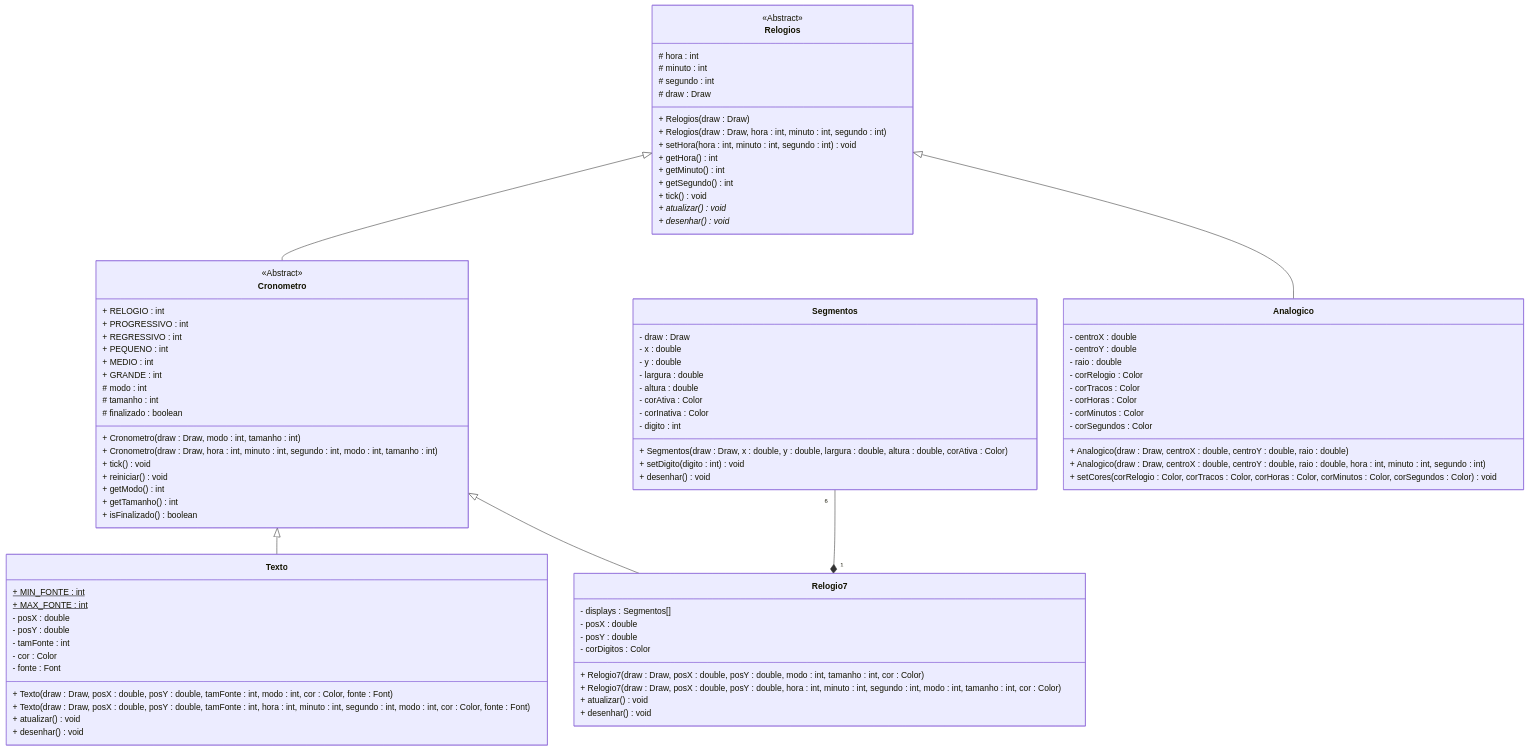
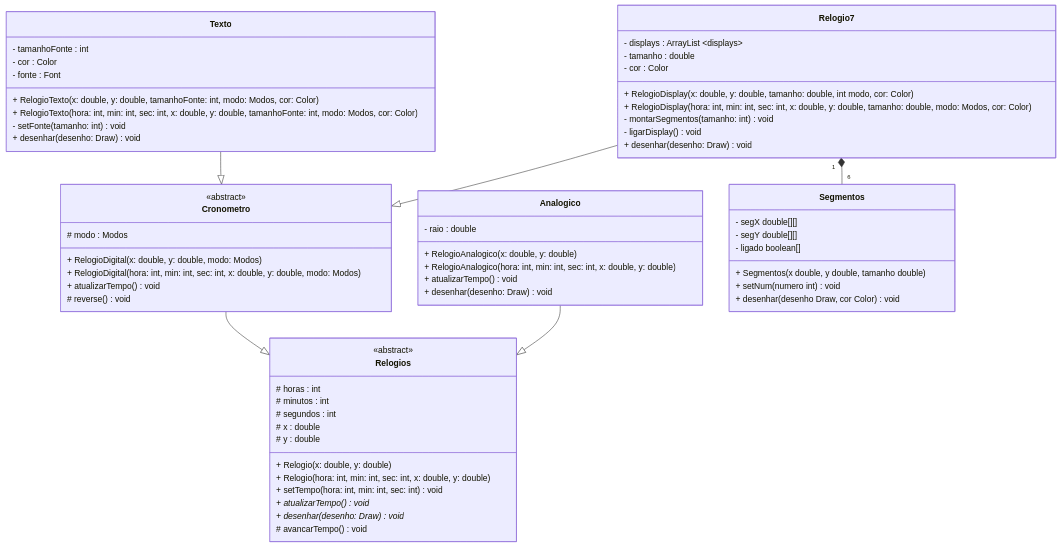
One commit to Mi-Claudino/POO2026 changed the diagram in lab6/Readme.md. Above: the diagram before and after it, drawn with Mermaid. The commit also changed 8 other files, not shown here.

````diff
--- a/lab6/Readme.md
+++ b/lab6/Readme.md
@@ -1,98 +1,67 @@
 ```mermaid
 classDiagram
-    direction BT
 
     class Relogios {
-        <<Abstract>>
-        # hora : int
-        # minuto : int
-        # segundo : int
-        # draw : Draw
-        + Relogios(draw : Draw)
-        + Relogios(draw : Draw, hora : int, minuto : int, segundo : int)
-        + setHora(hora : int, minuto : int, segundo : int) void
-        + getHora() int
-        + getMinuto() int
-        + getSegundo() int
-        + tick() void
-        + atualizar()* void
-        + desenhar()* void
+        <<abstract>>
+        # horas : int
+        # minutos : int
+        # segundos : int
+        # x : double
+        # y : double
+        + Relogio(x: double, y: double)
+        + Relogio(hora: int, min: int, sec: int, x: double, y: double)
+        + setTempo(hora: int, min: int, sec: int) void
+        + atualizarTempo() void*
+        + desenhar(desenho: Draw) void*
+        # avancarTempo() void
+    }
+
+    class Analogico {
+        - raio : double
+        + RelogioAnalogico(x: double, y: double)
+        + RelogioAnalogico(hora: int, min: int, sec: int, x: double, y: double)
+        + atualizarTempo() void
+        + desenhar(desenho: Draw) void
     }
 
     class Cronometro {
-        <<Abstract>>
-        + RELOGIO : int
-        + PROGRESSIVO : int
-        + REGRESSIVO : int
-        + PEQUENO : int
-        + MEDIO : int
-        + GRANDE : int
-        # modo : int
-        # tamanho : int
-        # finalizado : boolean
-        + Cronometro(draw : Draw, modo : int, tamanho : int)
-        + Cronometro(draw : Draw, hora : int, minuto : int, segundo : int, modo : int, tamanho : int)
-        + tick() void
-        + reiniciar() void
-        + getModo() int
-        + getTamanho() int
-        + isFinalizado() boolean
+        <<abstract>>
+        # modo : Modos
+        + RelogioDigital(x: double, y: double, modo: Modos)
+        + RelogioDigital(hora: int, min: int, sec: int, x: double, y: double, modo: Modos)
+        + atualizarTempo() void
+        # reverse() void
     }
 
     class Relogio7 {
-        - displays : Segmentos[]
-        - posX : double
-        - posY : double
-        - corDigitos : Color
-        + Relogio7(draw : Draw, posX : double, posY : double, modo : int, tamanho : int, cor : Color)
-        + Relogio7(draw : Draw, posX : double, posY : double, hora : int, minuto : int, segundo : int, modo : int, tamanho : int, cor : Color)
-        + atualizar() void
-        + desenhar() void
+        - displays : ArrayList<Segmentos> ~displays~
+        - tamanho : double
+        - cor : Color
+        + RelogioDisplay(x: double, y: double, tamanho: double, int modo, cor: Color)
+        + RelogioDisplay(hora: int, min: int, sec: int, x: double, y: double, tamanho: double, modo: Modos, cor: Color)
+        - montarSegmentos(tamanho: int) void
+        - ligarDisplay() void
+        + desenhar(desenho: Draw) void
+    }
+
+    class Texto {
+        - tamanhoFonte : int
+        - cor : Color
+        - fonte : Font
+        + RelogioTexto(x: double, y: double, tamanhoFonte: int, modo: Modos, cor: Color)
+        + RelogioTexto(hora: int, min: int, sec: int, x: double, y: double, tamanhoFonte: int, modo: Modos, cor: Color)
+        - setFonte(tamanho: int) void
+        + desenhar(desenho: Draw) void
     }
 
     class Segmentos {
-        - draw : Draw
-        - x : double
-        - y : double
-        - largura : double
-        - altura : double
-        - corAtiva : Color
-        - corInativa : Color
-        - digito : int
-        + Segmentos(draw : Draw, x : double, y : double, largura : double, altura : double, corAtiva : Color)
-        + setDigito(digito : int) void
-        + desenhar() void
+        - segX double[][]
+        - segY double[][]
+        - ligado boolean[]
+        + Segmentos(x double, y double, tamanho double)
+        + setNum(numero int) void
+        + desenhar(desenho Draw, cor Color) void
     }
-
-    class Texto {
-        + MIN_FONTE : int$
-        + MAX_FONTE : int$
-        - posX : double
-        - posY : double
-        - tamFonte : int
-        - cor : Color
-        - fonte : Font
-        + Texto(draw : Draw, posX : double, posY : double, tamFonte : int, modo : int, cor : Color, fonte : Font)
-        + Texto(draw : Draw, posX : double, posY : double, tamFonte : int, hora : int, minuto : int, segundo : int, modo : int, cor : Color, fonte : Font)
-        + atualizar() void
-        + desenhar() void
-    }
-
-    class Analogico {
-        - centroX : double
-        - centroY : double
-        - raio : double
-        - corRelogio : Color
-        - corTracos : Color
-        - corHoras : Color
-        - corMinutos : Color
-        - corSegundos : Color
-        + Analogico(draw : Draw, centroX : double, centroY : double, raio : double)
-        + Analogico(draw : Draw, centroX : double, centroY : double, raio : double, hora : int, minuto : int, segundo : int)
-        + setCores(corRelogio : Color, corTracos : Color, corHoras : Color, corMinutos : Color, corSegundos : Color) void
-    }
-
-
 
     Cronometro --|> Relogios
     Texto      --|> Cronometro
@@ -100,6 +69,4 @@
     Analogico  --|> Relogios
 
     Relogio7 "1" *-- "6" Segmentos
-
-
 ```
````
